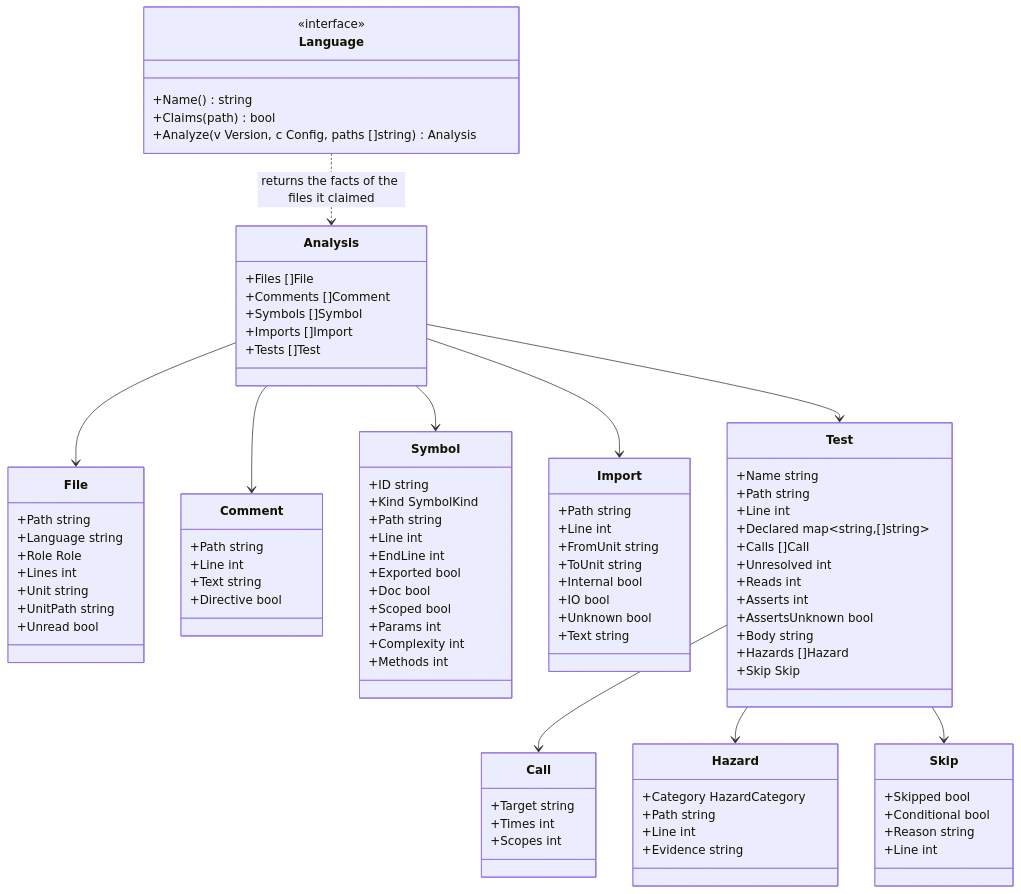
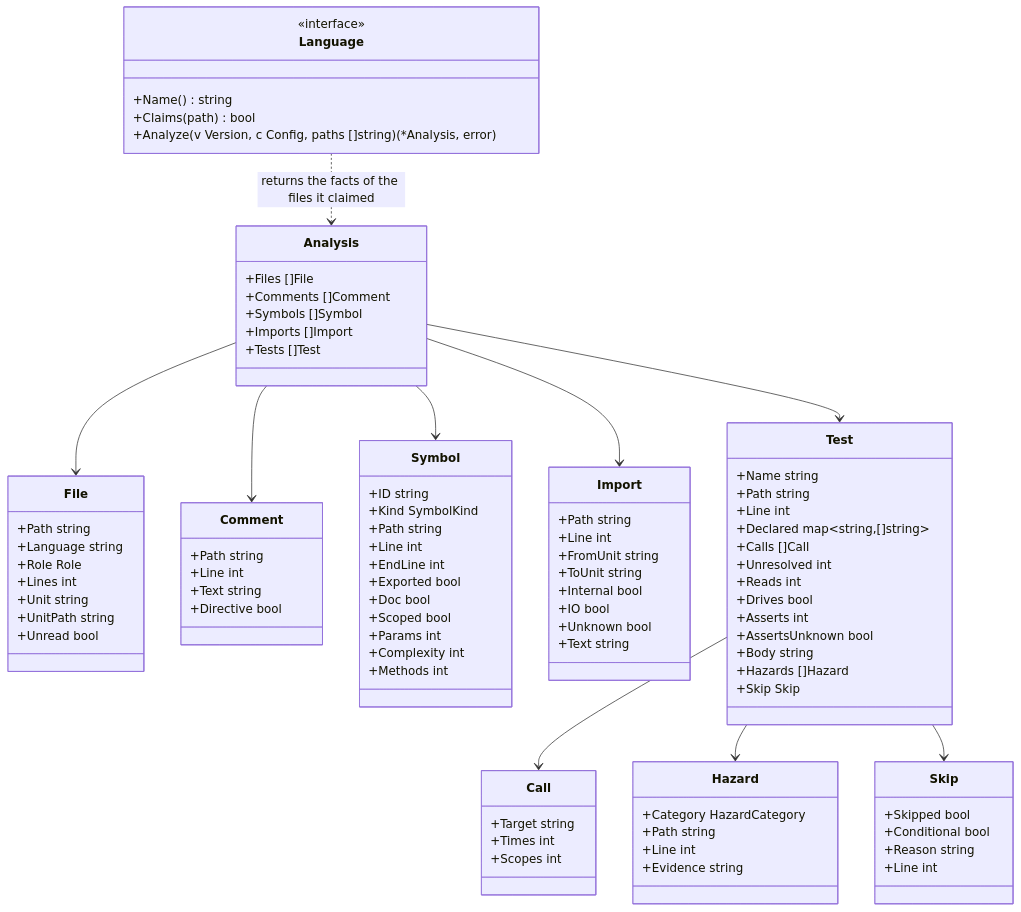
The diagram in docs/design/adapters.md (rerorets/hadome), drawn with Mermaid before and after one commit. The commit also changed 40 other files, not shown here.

```diff
--- a/docs/design/adapters.md
+++ b/docs/design/adapters.md
@@ -75,6 +75,7 @@
     +Calls []Call
     +Unresolved int
     +Reads int
+    +Drives bool
     +Asserts int
     +AssertsUnknown bool
     +Body string
@@ -102,7 +103,7 @@
     <<interface>>
     +Name() string
     +Claims(path) bool
-    +Analyze(v Version, c Config, paths []string) Analysis
+    +Analyze(v Version, c Config, paths []string) (*Analysis, error)
   }
   Analysis --> File
   Analysis --> Comment
```
